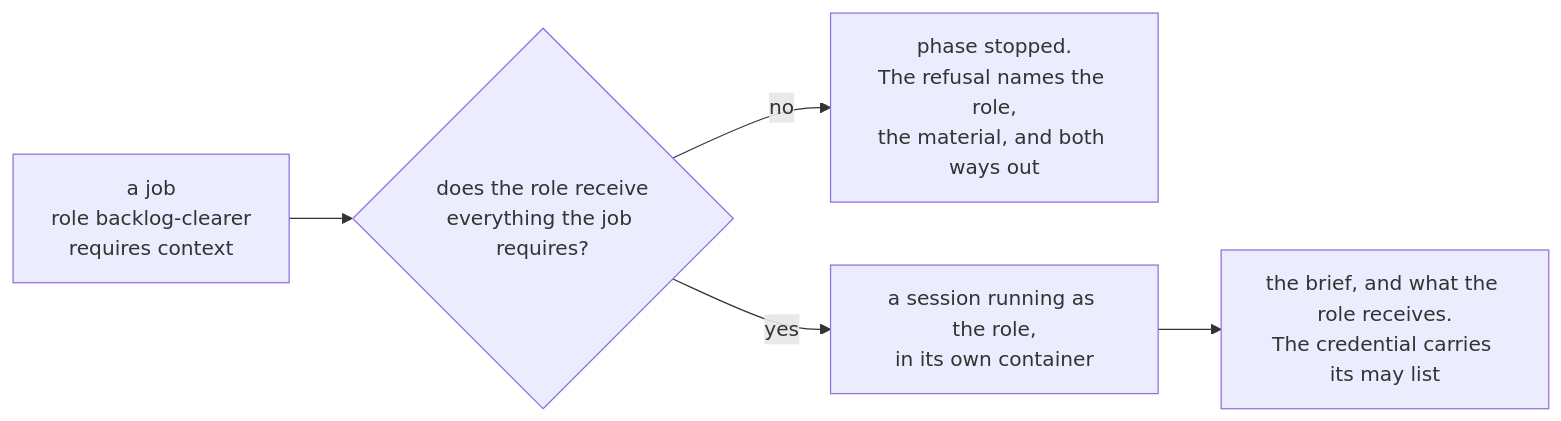
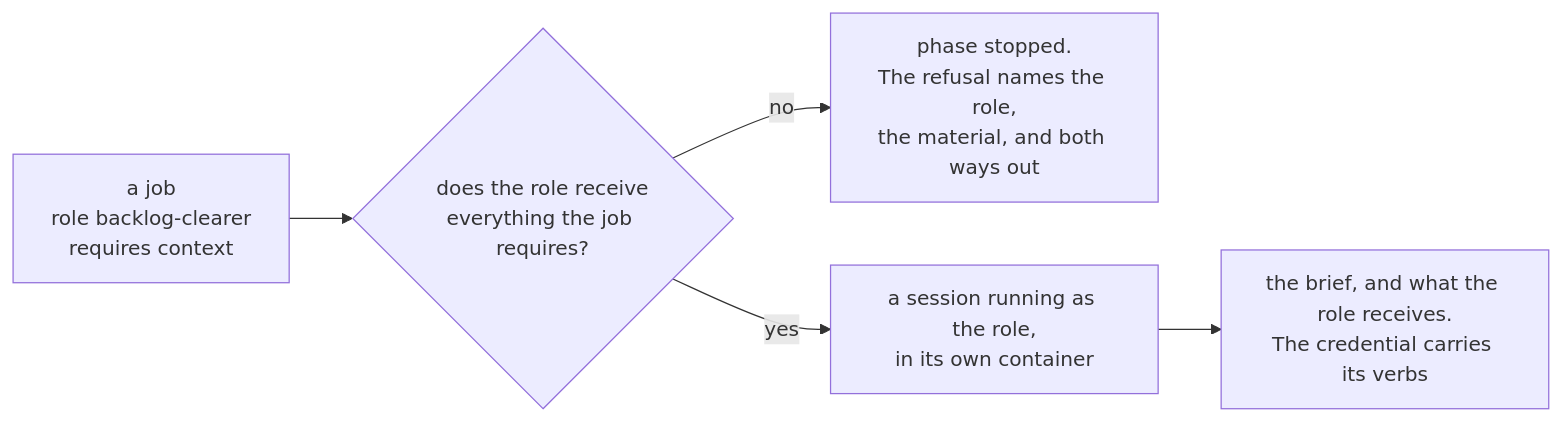
Before and after one commit to atlantic-blue/quay-crew: the first of 3 diagrams in docs/ROLES.md, drawn with Mermaid. The commit also changed other lines of this file and 3 other files, not shown here.

Commit message:
464: docs: the design says verbs where it said may

````diff
--- a/docs/ROLES.md
+++ b/docs/ROLES.md
@@ -62,7 +62,7 @@
 ```mermaid
 flowchart LR
     JOB["a job<br/>role backlog-clearer<br/>requires context"] --> CHECK{"does the role receive<br/>everything the job requires?"}
     CHECK -->|"no"| STOPPED["phase stopped.<br/>The refusal names the role,<br/>the material, and both ways out"]
     CHECK -->|"yes"| SESSION["a session running as the role,<br/>in its own container"]
-    SESSION --> GIVEN["the brief, and what the role receives.<br/>The credential carries its may list"]
+    SESSION --> GIVEN["the brief, and what the role receives.<br/>The credential carries its verbs"]
 ```
````
